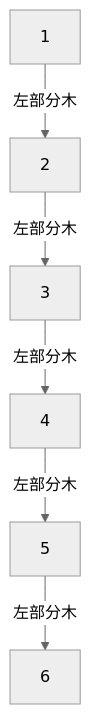
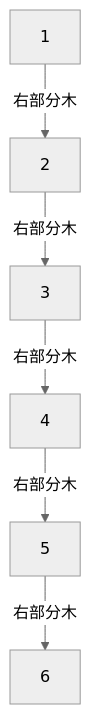
The third of 9 diagrams in articles/4f96b0fe093489.md (calloc134/zenn-dir), drawn with Mermaid (neutral theme) before and after one commit.

Commit message:
fix: 左ではなく右

````diff
--- a/articles/4f96b0fe093489.md
+++ b/articles/4f96b0fe093489.md
@@ -123,8 +123,8 @@
 ```mermaid
 graph TD
-    A[1] -->|左部分木| B[2]
-    B -->|左部分木| C[3]
-    C -->|左部分木| D[4]
-    D -->|左部分木| E[5]
-    E -->|左部分木| F[6]
+    A[1] -->|右部分木| B[2]
+    B -->|右部分木| C[3]
+    C -->|右部分木| D[4]
+    D -->|右部分木| E[5]
+    E -->|右部分木| F[6]
 ```
````
